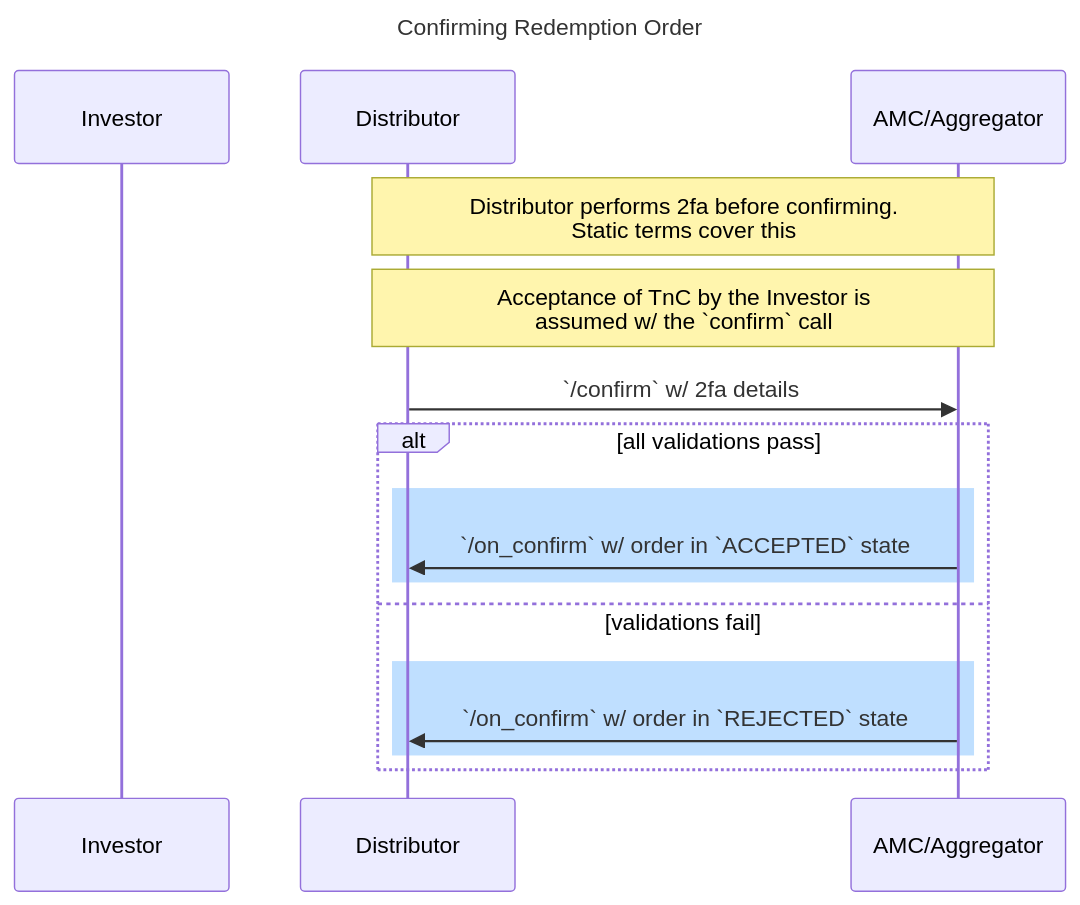
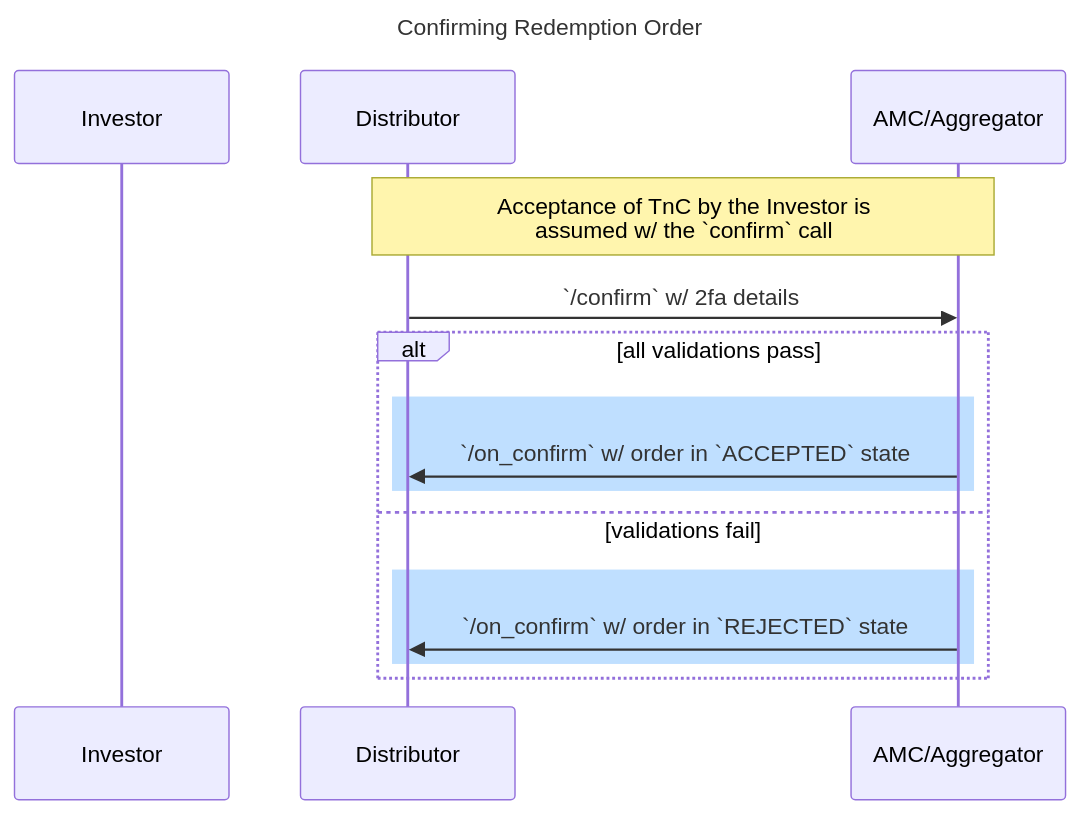
Before and after one commit to ONDC-Official/ONDC-FIS-Specifications: the fifth of 5 diagrams in api/components/docs/stage-order.md, drawn with Mermaid. The commit also changed other lines of this file and 31 other files, not shown here.

````diff
--- a/api/components/docs/stage-order.md
+++ b/api/components/docs/stage-order.md
@@ -140,21 +141,20 @@
 ```mermaid
 ---
 title: Confirming Redemption Order
 ---
 sequenceDiagram
     participant Investor
     participant bap AS Distributor
     participant bpp AS AMC/Aggregator
-    Note over bap, bpp: Distributor performs 2fa before confirming. <br /> Static terms cover this
     Note over bap, bpp: Acceptance of TnC by the Investor is <br /> assumed w/ the `confirm` call
     bap ->> bpp: `/confirm` w/ 2fa details
     alt all validations pass
         rect rgb(191, 223, 255)
             bpp ->> bap: `/on_confirm` w/ order in `ACCEPTED` state
         end
     else validations fail
         rect rgb(191, 223, 255)
             bpp ->> bap: `/on_confirm` w/ order in `REJECTED` state
         end
     end
 ```
````
